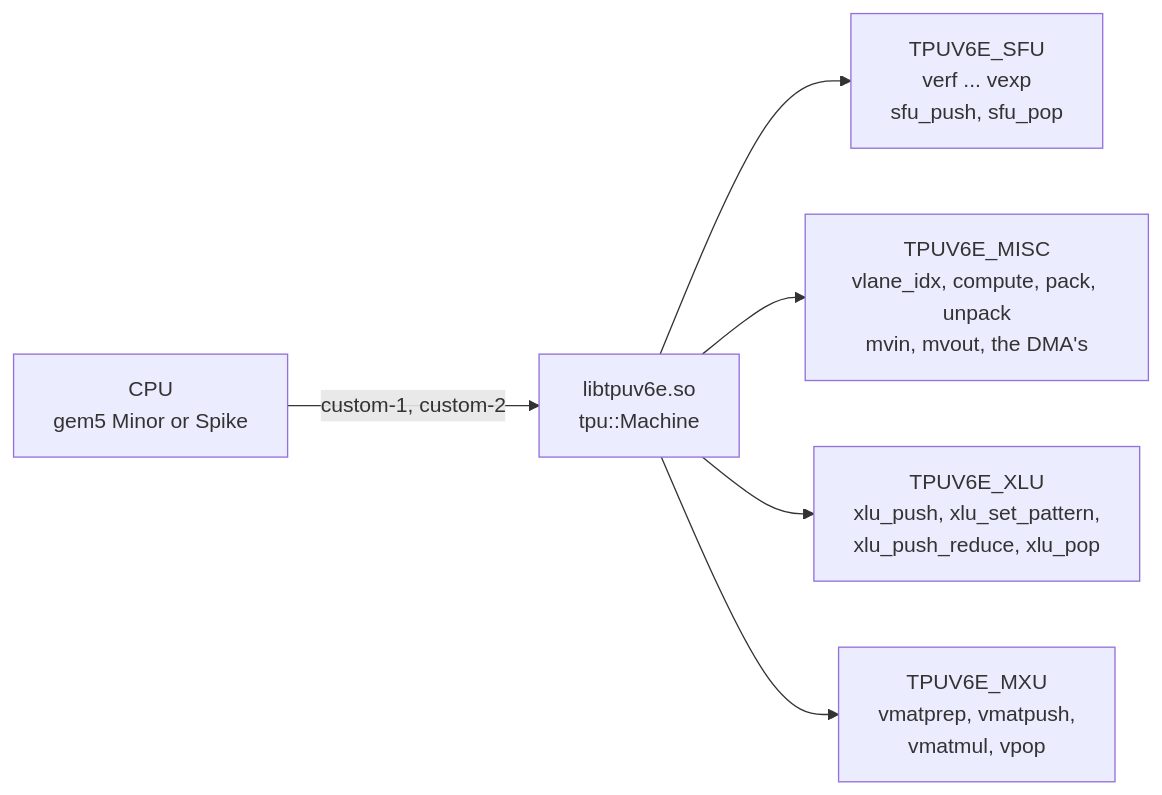
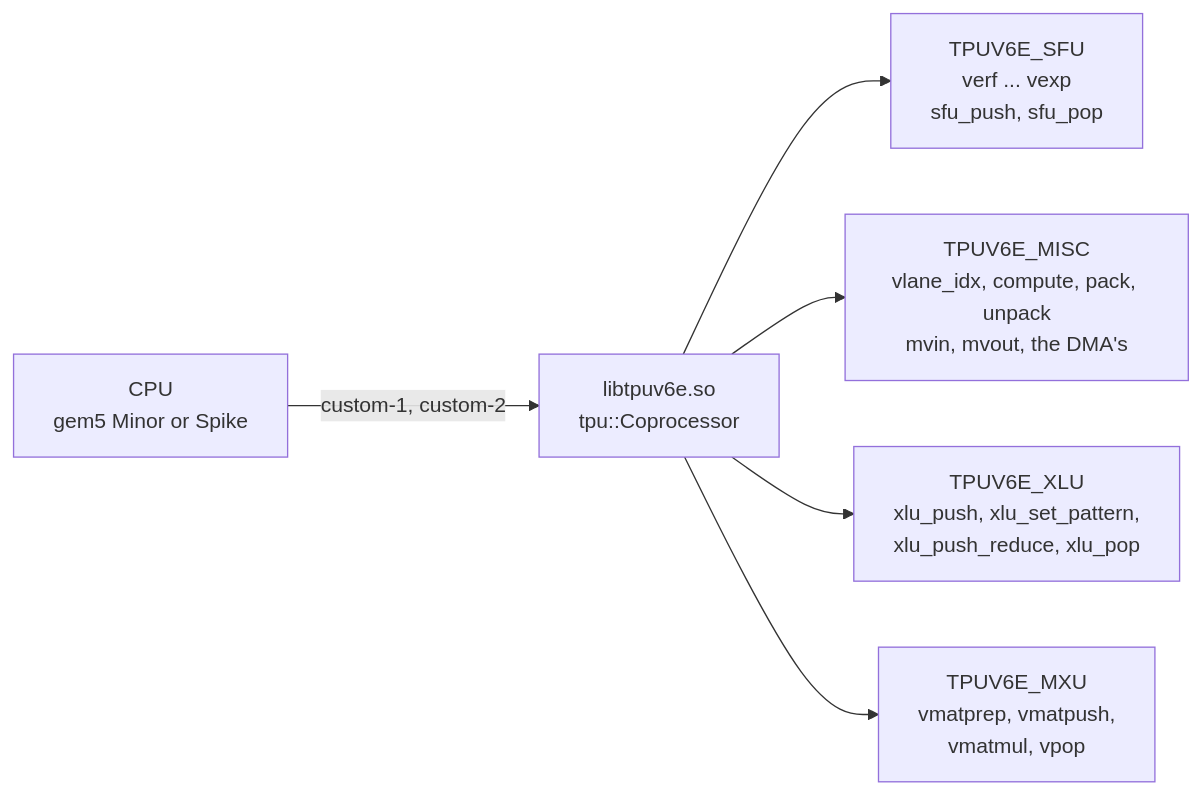
The first of 3 diagrams in examples/tpuv6e/README.md (PSAL-POSTECH/vcix-accelerator), drawn with Mermaid before and after one commit. The commit also changed other lines of this file and 46 other files, not shown here.

````diff
--- a/examples/tpuv6e/README.md
+++ b/examples/tpuv6e/README.md
@@ -21,8 +22,8 @@
 ```mermaid
 flowchart LR
-  cpu["CPU<br/>gem5 Minor or Spike"] -->|"custom-1, custom-2"| m["libtpuv6e.so<br/>tpu::Machine"]
+  cpu["CPU<br/>gem5 Minor or Spike"] -->|"custom-1, custom-2"| m["libtpuv6e.so<br/>tpu::Coprocessor"]
   m --> sfu["TPUV6E_SFU<br/>verf ... vexp<br/>sfu_push, sfu_pop"]
   m --> misc["TPUV6E_MISC<br/>vlane_idx, compute, pack, unpack<br/>mvin, mvout, the DMA's"]
   m --> xlu["TPUV6E_XLU<br/>xlu_push, xlu_set_pattern,<br/>xlu_push_reduce, xlu_pop"]
   m --> mxu["TPUV6E_MXU<br/>vmatprep, vmatpush,<br/>vmatmul, vpop"]
 ```
````
